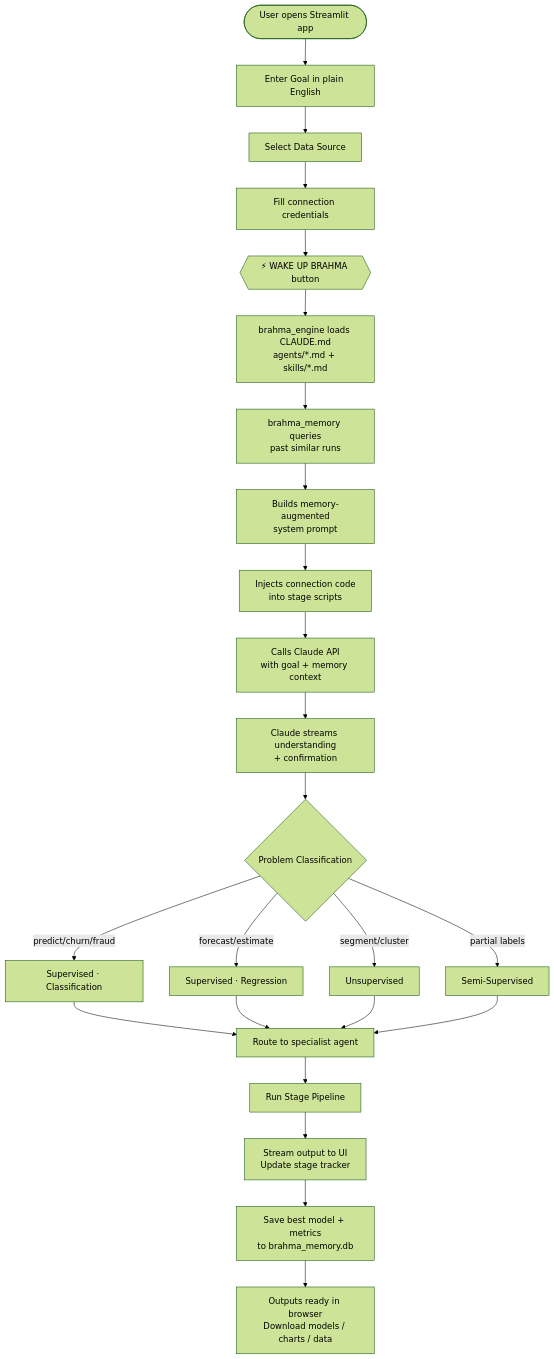
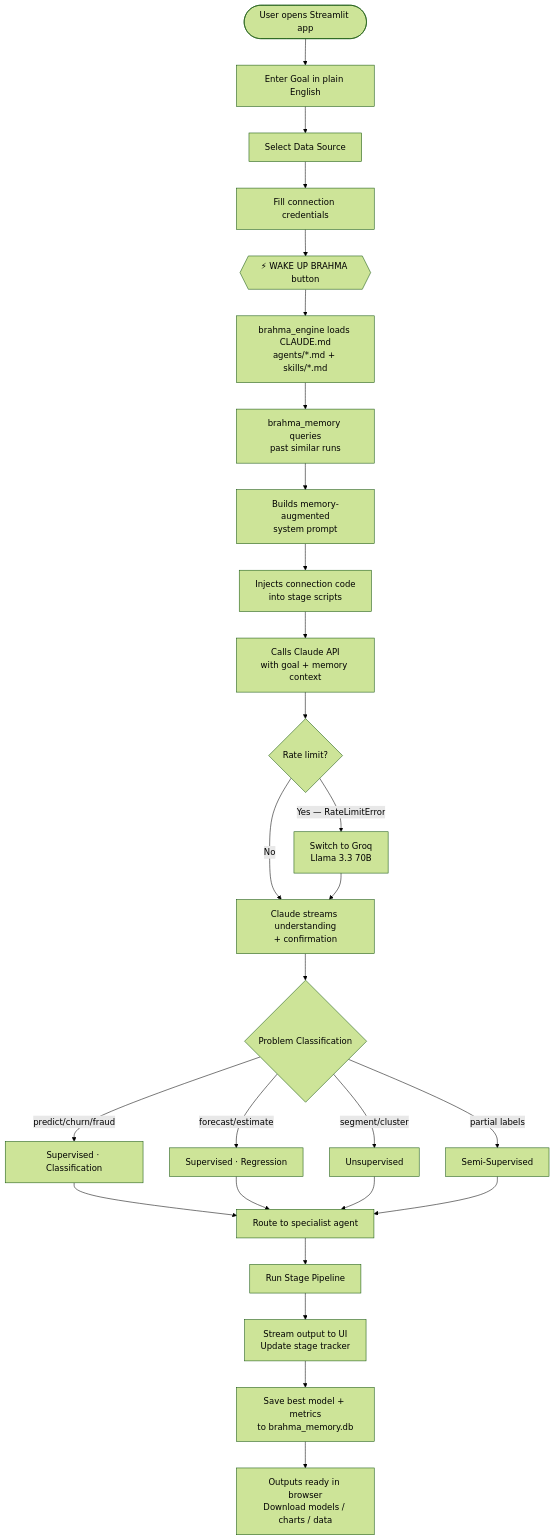
Before and after one commit to akv803101/Brahma: the first of 3 diagrams in README.md, drawn with Mermaid (forest theme). The commit also changed other lines of this file, not shown here.

First line of the commit message:
Update README to document Groq fallback provider

````diff
--- a/README.md
+++ b/README.md
@@ -98,23 +107,26 @@
 ```mermaid
 flowchart TD
     A([User opens Streamlit app]) --> B[Enter Goal in plain English]
     B --> C[Select Data Source]
     C --> D[Fill connection credentials]
     D --> E{{"⚡ WAKE UP BRAHMA button"}}
     E --> F[brahma_engine loads CLAUDE.md\nagents/*.md + skills/*.md]
     F --> MEM[brahma_memory queries\npast similar runs]
     MEM --> G[Builds memory-augmented\nsystem prompt]
     G --> H[Injects connection code\ninto stage scripts]
     H --> I[Calls Claude API\nwith goal + memory context]
-    I --> J[Claude streams understanding\n+ confirmation]
+    I --> RL{Rate limit?}
+    RL -->|No| J[Claude streams understanding\n+ confirmation]
+    RL -->|Yes — RateLimitError| GR[Switch to Groq\nLlama 3.3 70B]
+    GR --> J
     J --> K{Problem Classification}
     K -->|predict/churn/fraud| L[Supervised · Classification]
     K -->|forecast/estimate| M[Supervised · Regression]
     K -->|segment/cluster| N[Unsupervised]
     K -->|partial labels| O[Semi-Supervised]
     L & M & N & O --> P[Route to specialist agent]
     P --> Q[Run Stage Pipeline]
     Q --> R[Stream output to UI\nUpdate stage tracker]
     R --> SAVE[Save best model + metrics\nto brahma_memory.db]
     SAVE --> S[Outputs ready in browser\nDownload models / charts / data]
 ```
````
